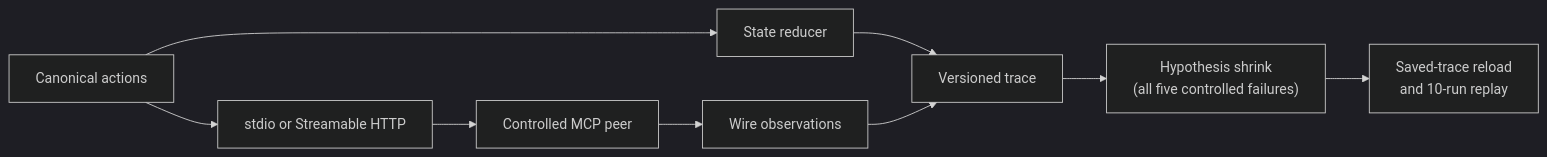
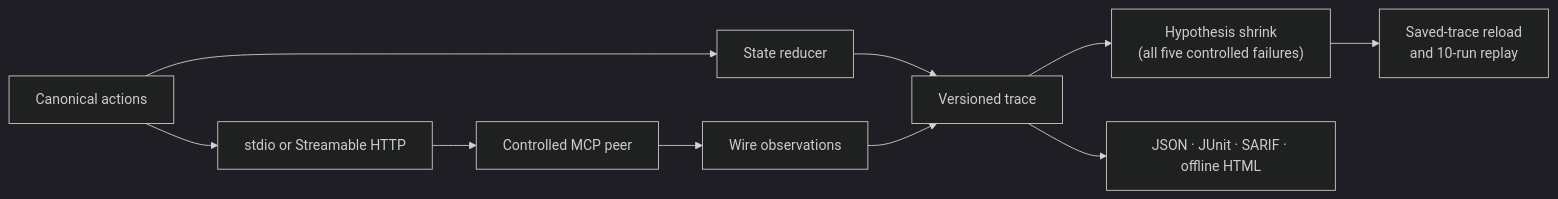
Before and after one commit to lxingy3/mcp-statecheck: the diagram in README.md, drawn with Mermaid (dark theme). The commit also changed other lines of this file and 24 other files, not shown here.

````diff
--- a/README.md
+++ b/README.md
@@ -31,11 +62,12 @@
 ```mermaid
 flowchart LR
     A["Canonical actions"] --> B["State reducer"]
     A --> C["stdio or Streamable HTTP"]
     C --> D["Controlled MCP peer"]
     D --> E["Wire observations"]
     B --> F["Versioned trace"]
     E --> F
     F --> G["Hypothesis shrink<br/>(all five controlled failures)"]
     G --> H["Saved-trace reload<br/>and 10-run replay"]
+    F --> I["JSON · JUnit · SARIF · offline HTML"]
 ```
````
